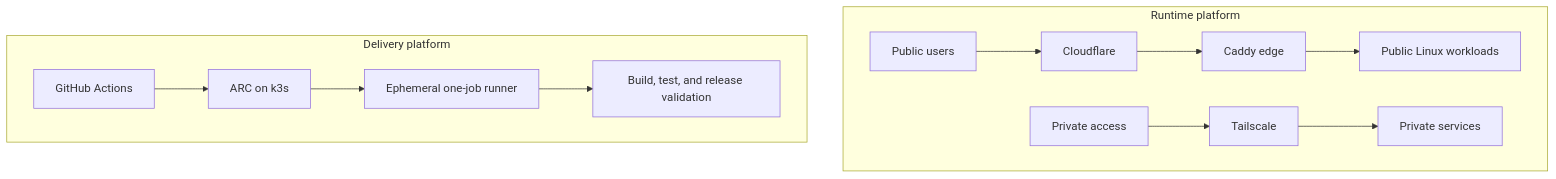
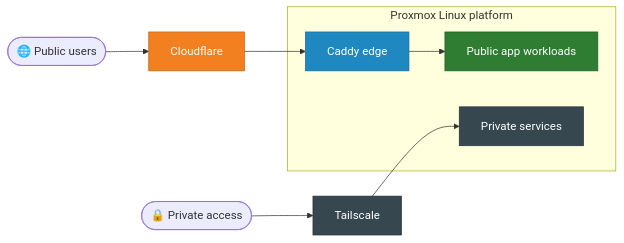
One commit to KanterLabs/.github changed the first of 2 diagrams in profile/README.md. Above: the diagram before and after it, drawn with Mermaid. The commit also changed other lines of this file, not shown here.

Commit message:
Refresh the org profile: projects catalog, stack badges, and new diagrams

````diff
--- a/profile/README.md
+++ b/profile/README.md
@@ -65,18 +114,24 @@
 ```mermaid
-flowchart TB
-    subgraph runtime["Runtime platform"]
-        direction LR
-        users["Public users"] --> cloudflare["Cloudflare"]
-        cloudflare --> edge["Caddy edge"]
-        edge --> public["Public Linux workloads"]
-        privateAccess["Private access"] --> tailscale["Tailscale"]
-        tailscale --> privateServices["Private services"]
+flowchart LR
+    users(["🌐 Public users"]) --> cf["Cloudflare"]
+    cf --> edge["Caddy edge"]
+    edge --> apps["Public app workloads"]
+
+    team(["🔒 Private access"]) --> ts["Tailscale"]
+    ts --> priv["Private services"]
+
+    subgraph host["Proxmox Linux platform"]
+        edge
+        apps
+        priv
     end
 
-    subgraph delivery["Delivery platform"]
-        direction LR
-        actions["GitHub Actions"] --> arc["ARC on k3s"]
-        arc --> runner["Ephemeral one-job runner"]
-        runner --> validation["Build, test, and release validation"]
-    end
+    classDef ext fill:#f38020,stroke:#c2600f,color:#fff
+    classDef edgeC fill:#1f88c0,stroke:#166a96,color:#fff
+    classDef pub fill:#2e7d32,stroke:#1b5e20,color:#fff
+    classDef prv fill:#37474f,stroke:#263238,color:#fff
+    class cf ext
+    class edge edgeC
+    class apps pub
+    class ts,priv prv
 ```
````
